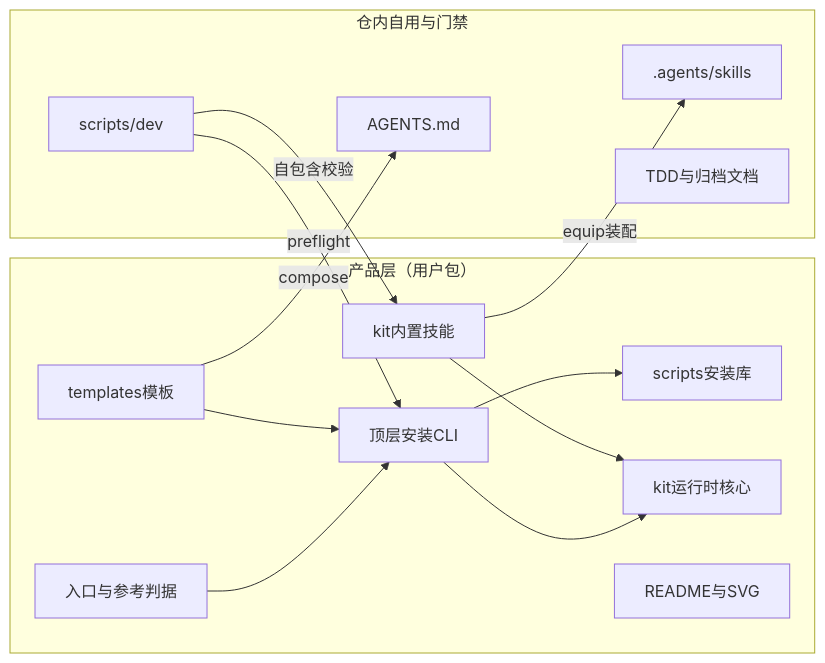
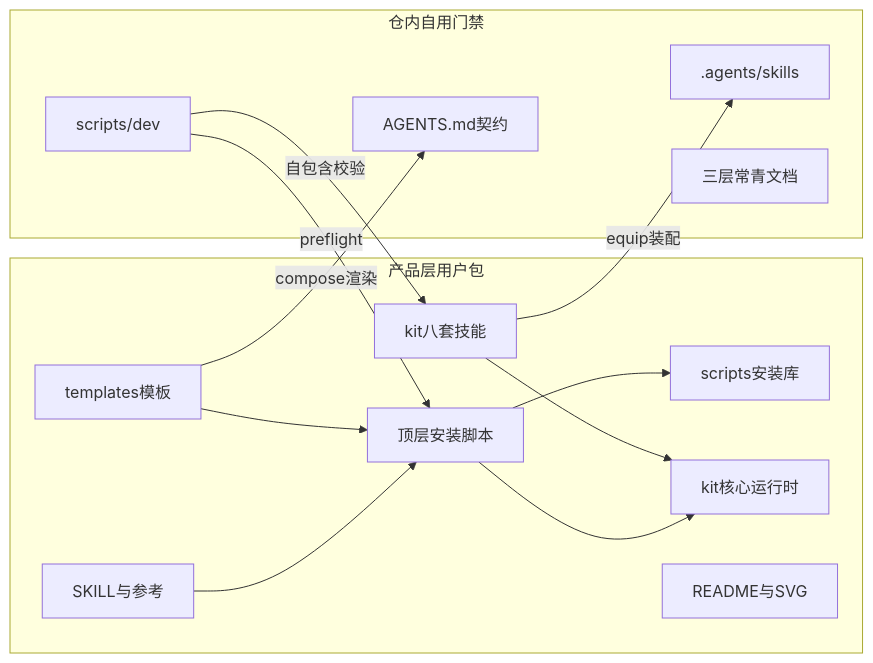
The first of 6 diagrams in docs/TDD.md (FiretrUCK666/project-forge), drawn with Mermaid before and after one commit. The commit also changed other lines of this file and 13 other files, not shown here.

````diff
--- a/docs/TDD.md
+++ b/docs/TDD.md
@@ -71,23 +57,23 @@
 ```mermaid
 flowchart LR
-  subgraph Product["产品层（用户包）"]
-    Entry["入口与参考判据"] --> CLI["顶层安装CLI"]
+  subgraph Product["产品层用户包"]
+    Entry["SKILL与参考"] --> CLI["顶层安装脚本"]
     Tpl["templates模板"] --> CLI
     CLI --> ForgeLib["scripts安装库"]
-    CLI --> KitLib["kit运行时核心"]
-    Kit["kit内置技能"] --> KitLib
+    CLI --> KitLib["kit核心运行时"]
+    Kit["kit八套技能"] --> KitLib
     Assets["README与SVG"]
   end
 
-  subgraph SelfUse["仓内自用与门禁"]
+  subgraph SelfUse["仓内自用门禁"]
     Equipped[".agents/skills"]
-    HostCfg["AGENTS.md"]
-    Docs["TDD与归档文档"]
+    HostCfg["AGENTS.md契约"]
+    Docs["三层常青文档"]
     DevSuite["scripts/dev"]
   end
 
   Kit -- "equip装配" --> Equipped
-  Tpl -- "compose" --> HostCfg
+  Tpl -- "compose渲染" --> HostCfg
   DevSuite -- "preflight" --> CLI
   DevSuite -- "自包含校验" --> Kit
 ```
````
